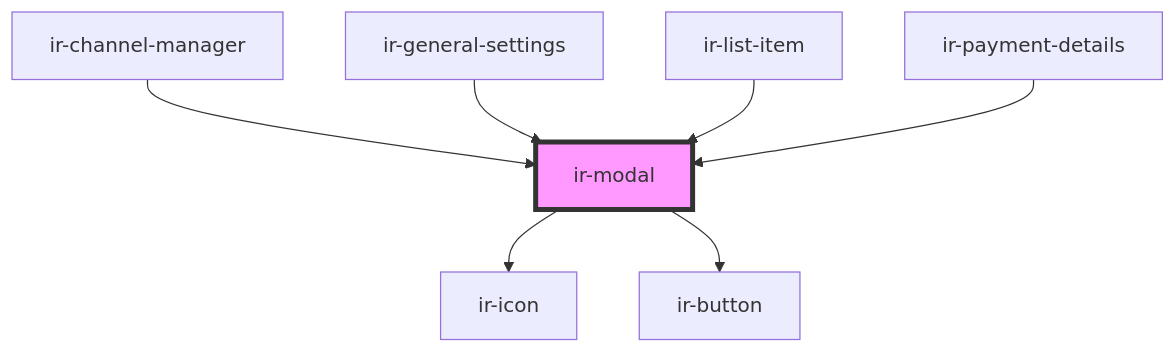
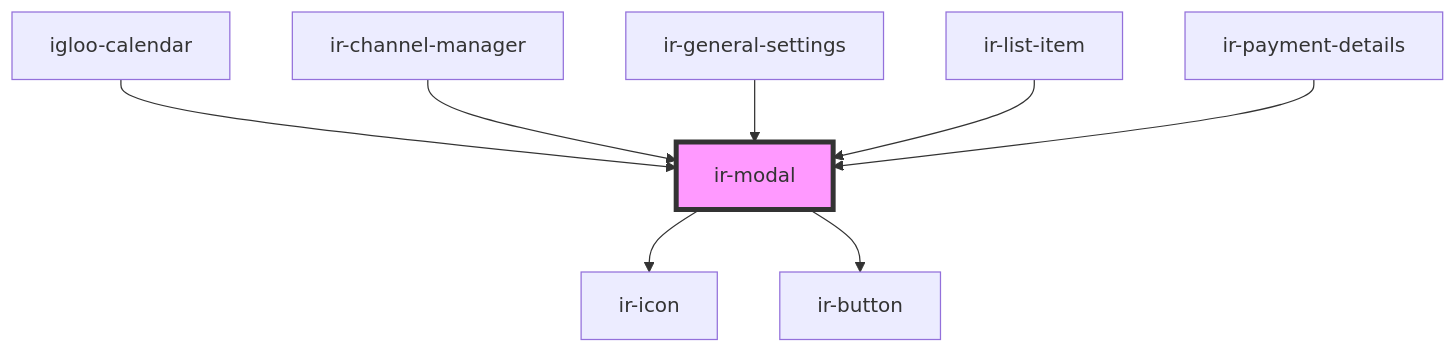
The diagram in src/components/ir-modal/readme.md (David1Chowaifaty/modified-ir-webcmp), drawn with Mermaid before and after one commit. The commit also changed other lines of this file and 17 other files, not shown here.

````diff
--- a/src/components/ir-modal/readme.md
+++ b/src/components/ir-modal/readme.md
@@ -72,10 +73,11 @@
 ```mermaid
 graph TD;
   ir-modal --> ir-icon
   ir-modal --> ir-button
+  igloo-calendar --> ir-modal
   ir-channel-manager --> ir-modal
   ir-general-settings --> ir-modal
   ir-list-item --> ir-modal
   ir-payment-details --> ir-modal
   style ir-modal fill:#f9f,stroke:#333,stroke-width:4px
 ```
````
